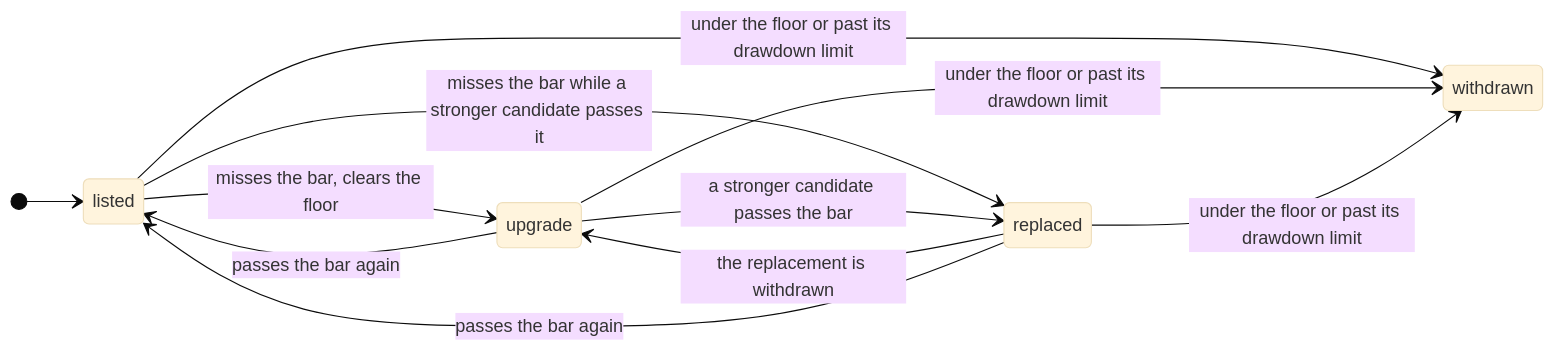
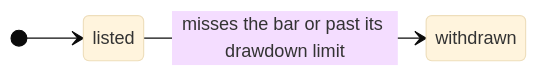
The diagram in docs/promotion.md (archonHL/archon), drawn with Mermaid (base theme) before and after one commit. The commit also changed other lines of this file and 15 other files, not shown here.

First line of the commit message:
Evidence: the registry's latest records; docs: architecture, methodology, promotion, readme, registry, research-contract; code; images

````diff
--- a/docs/promotion.md
+++ b/docs/promotion.md
@@ -91,14 +89,6 @@
 ```mermaid
 stateDiagram-v2
     direction LR
     [*] --> listed
-    listed --> upgrade: misses the bar, clears the floor
-    listed --> withdrawn: under the floor or past its drawdown limit
-    listed --> replaced: misses the bar while a stronger candidate passes it
-    upgrade --> listed: passes the bar again
-    upgrade --> replaced: a stronger candidate passes the bar
-    upgrade --> withdrawn: under the floor or past its drawdown limit
-    replaced --> upgrade: the replacement is withdrawn
-    replaced --> listed: passes the bar again
-    replaced --> withdrawn: under the floor or past its drawdown limit
+    listed --> withdrawn: misses the bar or past its drawdown limit
 ```
````
